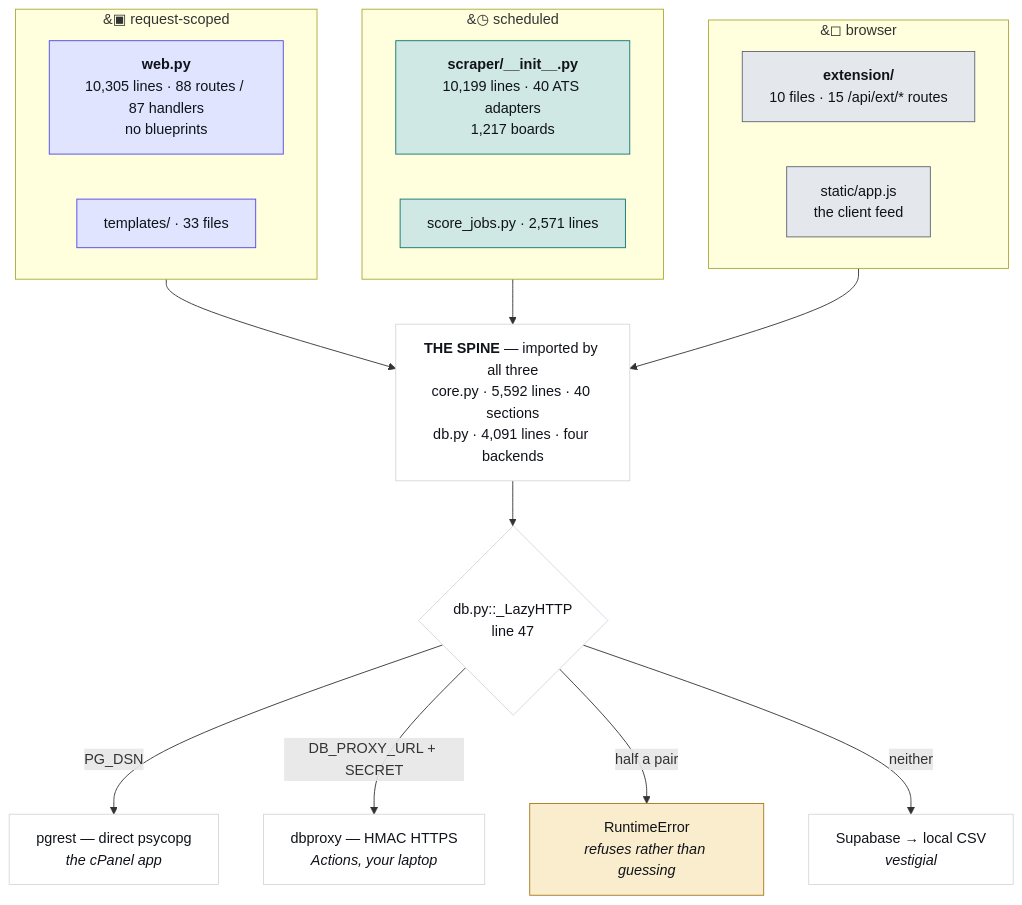
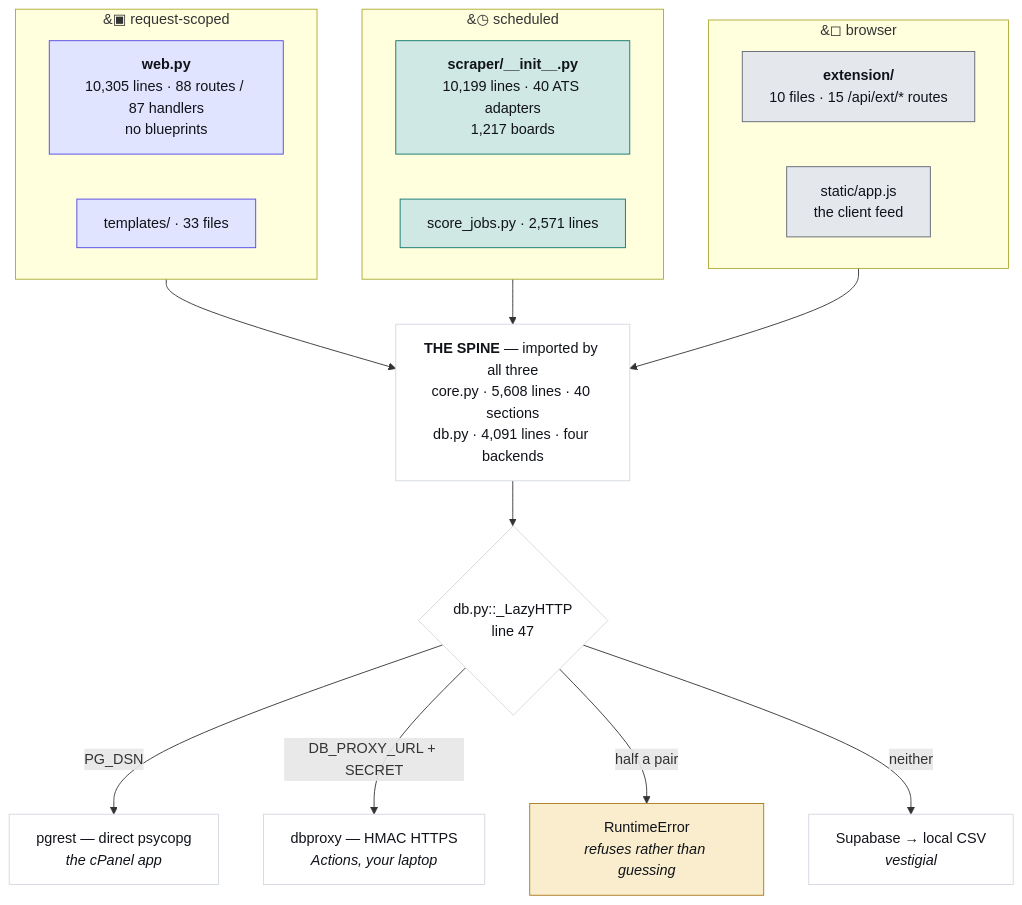
The first of 4 diagrams in JobMatch Scraper/docs/ARCHITECTURE.md (hadakunal909-debug/job-search-tool), drawn with Mermaid before and after one commit. The commit also changed other lines of this file and 7 other files, not shown here.

````diff
--- a/JobMatch Scraper/docs/ARCHITECTURE.md
+++ b/JobMatch Scraper/docs/ARCHITECTURE.md
@@ -45,34 +45,34 @@
 ```mermaid
 flowchart TB
   subgraph REQ["&#9635; request-scoped"]
     W["<b>web.py</b><br/>10,305 lines · 88 routes / 87 handlers<br/>no blueprints"]
     T["templates/ · 33 files"]
   end
   subgraph SCH["&#9719; scheduled"]
     S["<b>scraper/__init__.py</b><br/>10,199 lines · 40 ATS adapters<br/>1,217 boards"]
     J["score_jobs.py · 2,571 lines"]
   end
   subgraph CLI["&#9723; browser"]
     E["<b>extension/</b><br/>10 files · 15 /api/ext/* routes"]
     A["static/app.js<br/>the client feed"]
   end
-  SPINE["<b>THE SPINE</b> — imported by all three<br/>core.py · 5,592 lines · 40 sections<br/>db.py · 4,091 lines · four backends"]
+  SPINE["<b>THE SPINE</b> — imported by all three<br/>core.py · 5,608 lines · 40 sections<br/>db.py · 4,091 lines · four backends"]
   REQ --> SPINE
   SCH --> SPINE
   CLI --> SPINE
   SPINE --> D{"db.py::_LazyHTTP<br/>line 47"}
   D -->|"PG_DSN"| P["pgrest — direct psycopg<br/><i>the cPanel app</i>"]
   D -->|"DB_PROXY_URL + SECRET"| X["dbproxy — HMAC HTTPS<br/><i>Actions, your laptop</i>"]
   D -->|"half a pair"| R["RuntimeError<br/><i>refuses rather than guessing</i>"]
   D -->|"neither"| V["Supabase → local CSV<br/><i>vestigial</i>"]
   classDef web fill:#e0e4fe,stroke:#4f46e5,color:#101319
   classDef sched fill:#cfe8e3,stroke:#0f766e,color:#101319
   classDef client fill:#e4e7ec,stroke:#5f6573,color:#101319
   classDef trap fill:#f9edcd,stroke:#a8781a,color:#101319
   classDef plain fill:#ffffff,stroke:#d3d7df,color:#101319
   class W,T web
   class S,J sched
   class E,A client
   class R trap
   class SPINE,D,P,X,V plain
 ```
````
